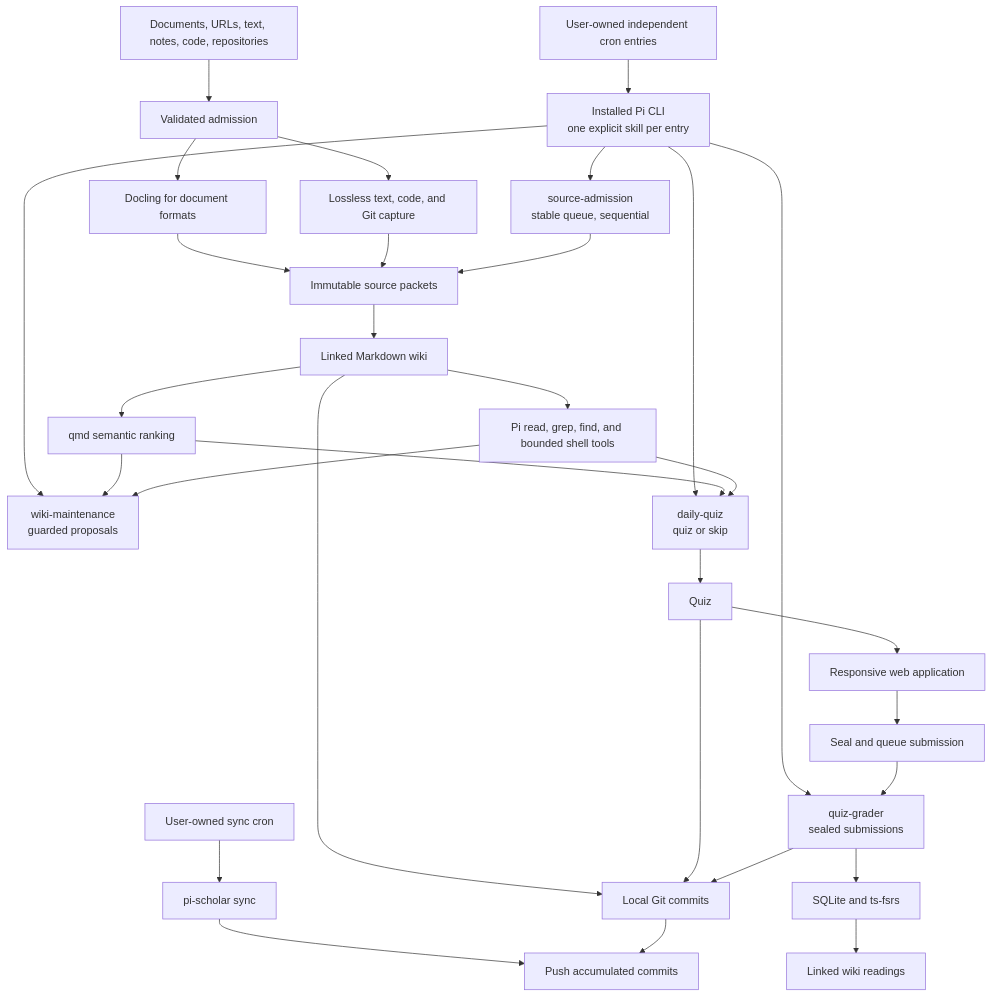
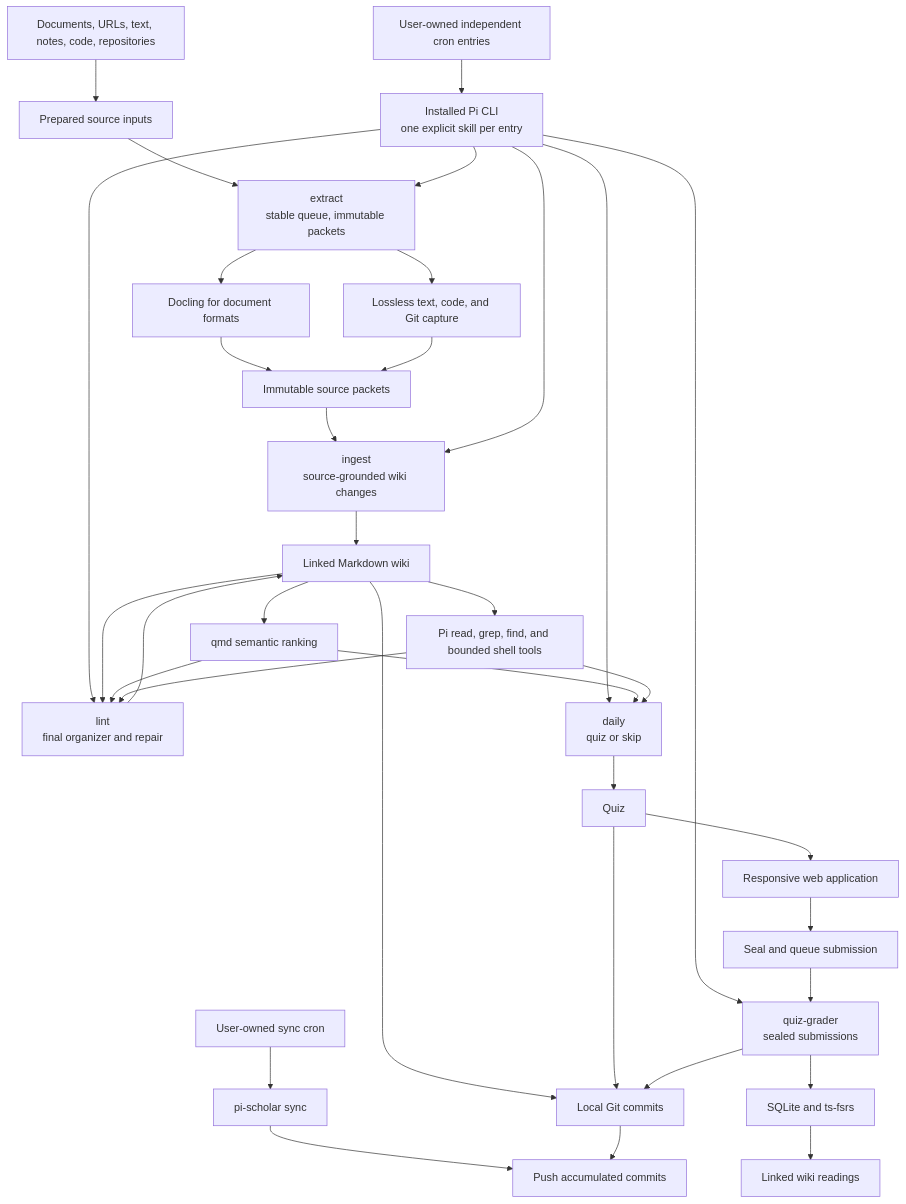
The first of 2 diagrams in pi-scholar.md (N-F9/pi-scholar), drawn with Mermaid before and after one commit. The commit also changed other lines of this file and 25 other files, not shown here.

````diff
--- a/pi-scholar.md
+++ b/pi-scholar.md
@@ -38,33 +41,37 @@
 ```mermaid
 flowchart TD
-    Inputs[Documents, URLs, text, notes, code, repositories] --> Admission[Validated admission]
-    Admission --> Docling[Docling for document formats]
-    Admission --> Native[Lossless text, code, and Git capture]
+    Inputs[Documents, URLs, text, notes, code, repositories] --> Capture[Prepared source inputs]
+    Capture --> ExtractSkill[extract\nstable queue, immutable packets]
+    ExtractSkill --> Docling[Docling for document formats]
+    ExtractSkill --> Native[Lossless text, code, and Git capture]
     Docling --> Packets[Immutable source packets]
     Native --> Packets
-    Packets --> Wiki[Linked Markdown wiki]
+    Packets --> IngestSkill[ingest\nsource-grounded wiki changes]
+    IngestSkill --> Wiki[Linked Markdown wiki]
     Wiki --> Qmd[qmd semantic ranking]
     Wiki --> Exact[Pi read, grep, find, and bounded shell tools]
     Cron[User-owned independent cron entries] --> Pi[Installed Pi CLI\none explicit skill per entry]
-    Pi --> AdmitSkill[source-admission\nstable queue, sequential]
-    Pi --> MaintainSkill[wiki-maintenance\nguarded proposals]
-    Pi --> QuizSkill[daily-quiz\nquiz or skip]
+    Pi --> ExtractSkill
+    Pi --> IngestSkill
+    Pi --> LintSkill[lint\nfinal organizer and repair]
+    Pi --> DailySkill[daily\nquiz or skip]
     Pi --> GradeSkill[quiz-grader\nsealed submissions]
-    AdmitSkill --> Packets
-    Qmd --> MaintainSkill
-    Exact --> MaintainSkill
-    Qmd --> QuizSkill
-    Exact --> QuizSkill
-    QuizSkill --> Quiz
+    Wiki --> LintSkill
+    LintSkill --> Wiki
+    Qmd --> LintSkill
+    Exact --> LintSkill
+    Qmd --> DailySkill
+    Exact --> DailySkill
+    DailySkill --> Quiz
     Quiz --> Web[Responsive web application]
     Web --> Seal[Seal and queue submission]
     Seal --> GradeSkill
     GradeSkill --> FSRS[SQLite and ts-fsrs]
     FSRS --> Readings[Linked wiki readings]
     Wiki --> Commit[Local Git commits]
     Quiz --> Commit
     GradeSkill --> Commit
     SyncCron[User-owned sync cron] --> Sync[pi-scholar sync]
     Sync --> Push[Push accumulated commits]
     Commit --> Push
 ```
````
